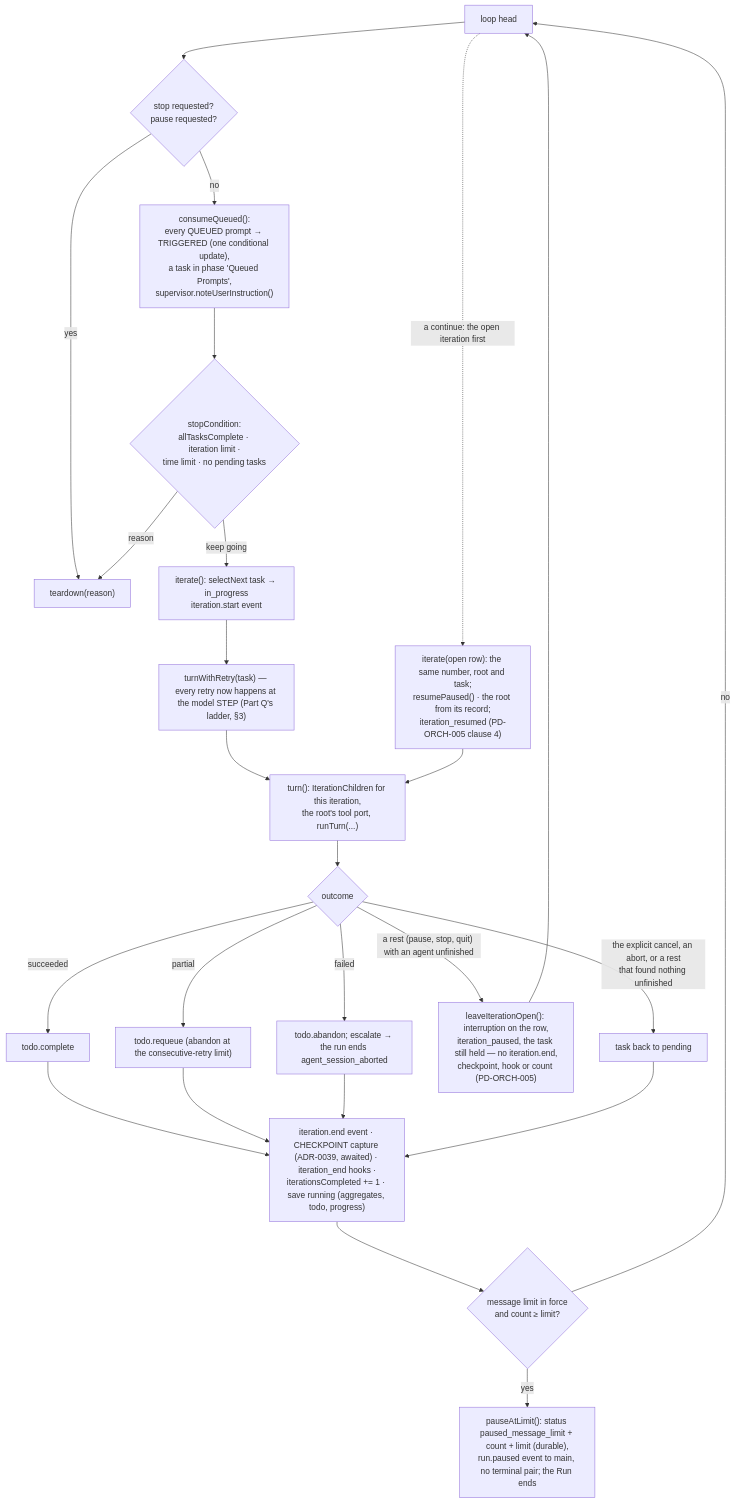
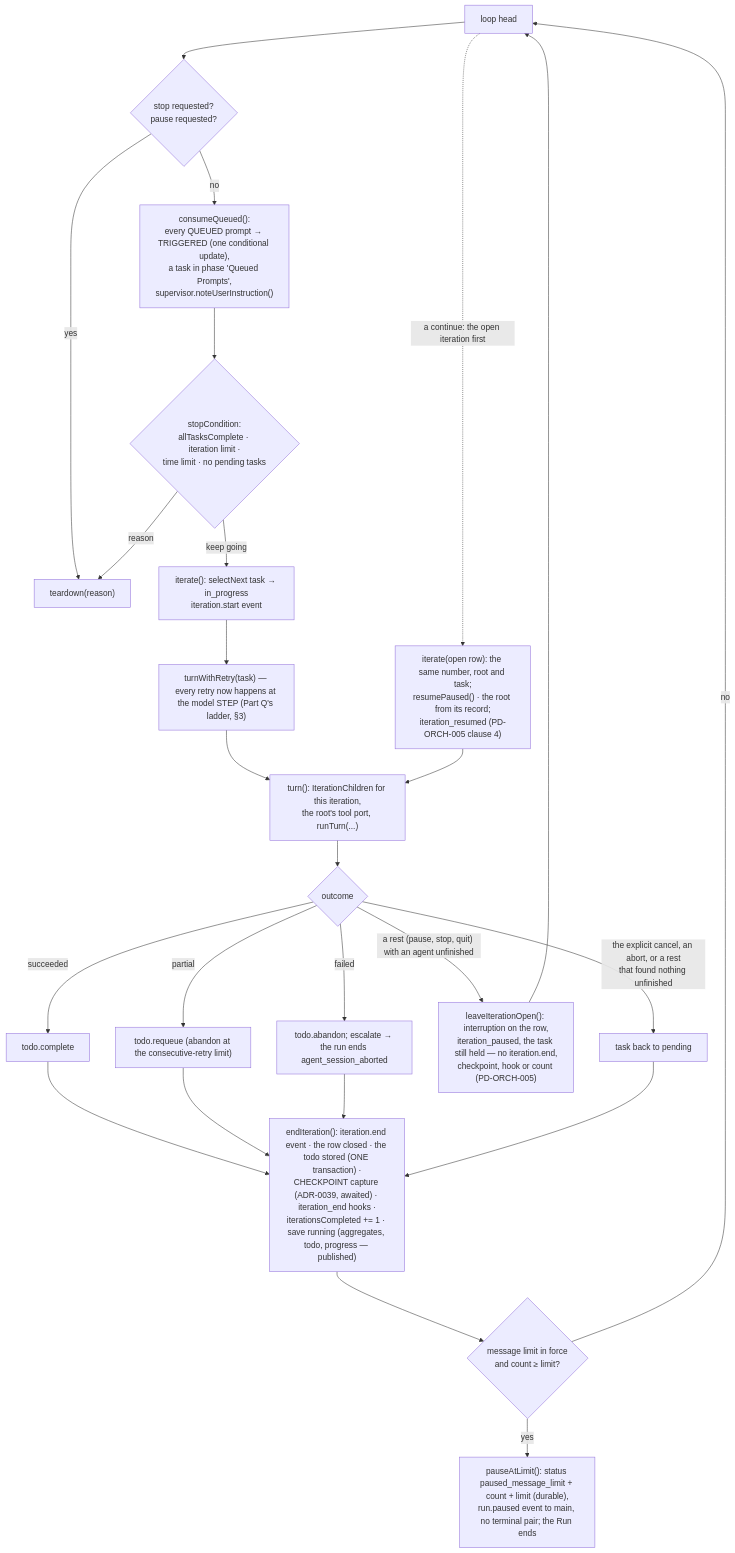
The second of 2 diagrams in docs/architecture/views/03-runtime-view.md (Concrete-Dynamics/Rotaris), drawn with Mermaid before and after one commit. The commit also changed other lines of this file, not shown here.

First line of the commit message:
docs(views): endIteration writes the session's todo (REQ-ORCH-072, REQ-ORCH-135)

````diff
--- a/docs/architecture/views/03-runtime-view.md
+++ b/docs/architecture/views/03-runtime-view.md
@@ -191,24 +191,24 @@
 ```mermaid
 flowchart TB
   L0["loop head"] --> S1{"stop requested?<br/>pause requested?"}
   S1 -- yes --> T["teardown(reason)"]
   S1 -- no --> Q["consumeQueued():<br/>every QUEUED prompt → TRIGGERED (one conditional update),<br/>a task in phase 'Queued Prompts',<br/>supervisor.noteUserInstruction()"]
   Q --> S2{"stopCondition:<br/>allTasksComplete · iteration limit ·<br/>time limit · no pending tasks"}
   S2 -- reason --> T
   S2 -- keep going --> I["iterate(): selectNext task → in_progress<br/>iteration.start event"]
   I --> TR["turnWithRetry(task) — every retry now happens at the model STEP (Part Q's ladder, §3)"]
   TR --> TURN["turn(): IterationChildren for this iteration,<br/>the root's tool port, runTurn(...)"]
   TURN --> OUT{"outcome"}
   OUT -- succeeded --> C["todo.complete"]
   OUT -- partial --> RQ["todo.requeue (abandon at the consecutive-retry limit)"]
   OUT -- failed --> AB["todo.abandon; escalate → the run ends agent_session_aborted"]
   OUT -- "a rest (pause, stop, quit) with an agent unfinished" --> OPEN["leaveIterationOpen(): interruption on the row,<br/>iteration_paused, the task still held — no iteration.end,<br/>checkpoint, hook or count (PD-ORCH-005)"]
   OPEN --> L0
   L0 -. "a continue: the open iteration first" .-> RES["iterate(open row): the same number, root and task;<br/>resumePaused() · the root from its record;<br/>iteration_resumed (PD-ORCH-005 clause 4)"]
   RES --> TURN
   OUT -- "the explicit cancel, an abort, or a rest<br/>that found nothing unfinished" --> PEND["task back to pending"]
-  C & RQ & AB & PEND --> E["iteration.end event · CHECKPOINT capture (ADR-0039, awaited) · iteration_end hooks ·<br/>iterationsCompleted += 1 · save running (aggregates, todo, progress)"]
+  C & RQ & AB & PEND --> E["endIteration(): iteration.end event · the row closed · the todo stored (ONE transaction) ·<br/>CHECKPOINT capture (ADR-0039, awaited) · iteration_end hooks ·<br/>iterationsCompleted += 1 · save running (aggregates, todo, progress — published)"]
   E --> ML{"message limit in force<br/>and count ≥ limit?"}
   ML -- yes --> PL["pauseAtLimit(): status paused_message_limit + count + limit (durable),<br/>run.paused event to main, no terminal pair; the Run ends"]
   ML -- no --> L0
 ```
````
